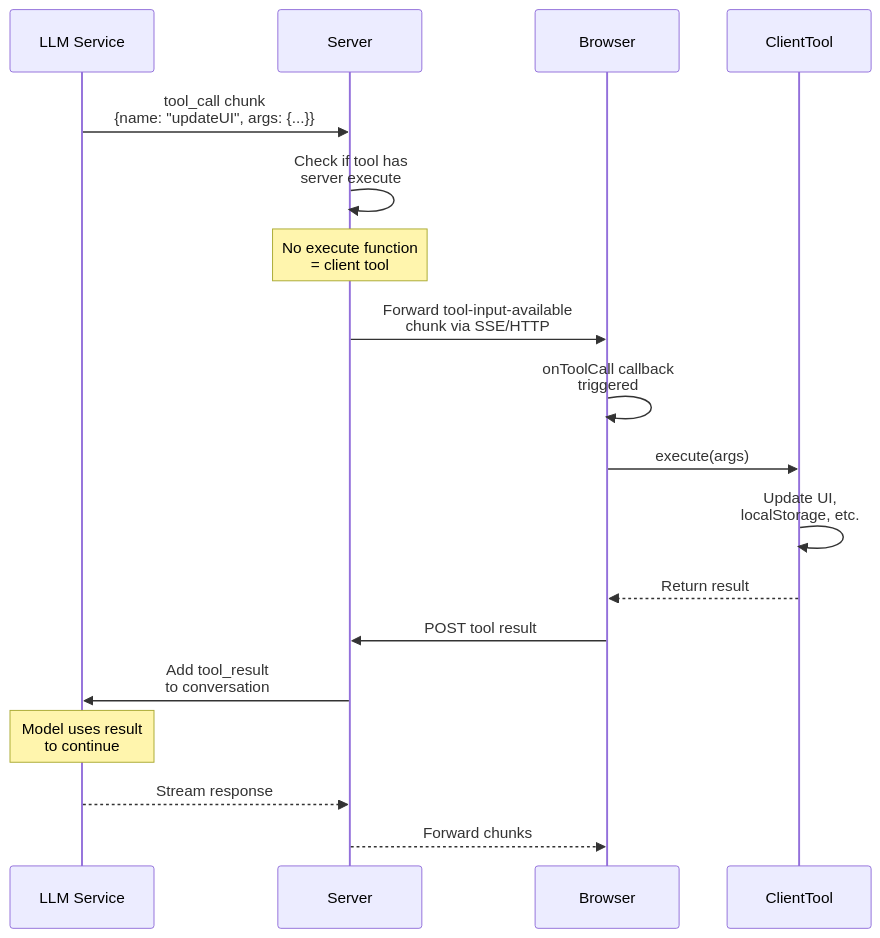
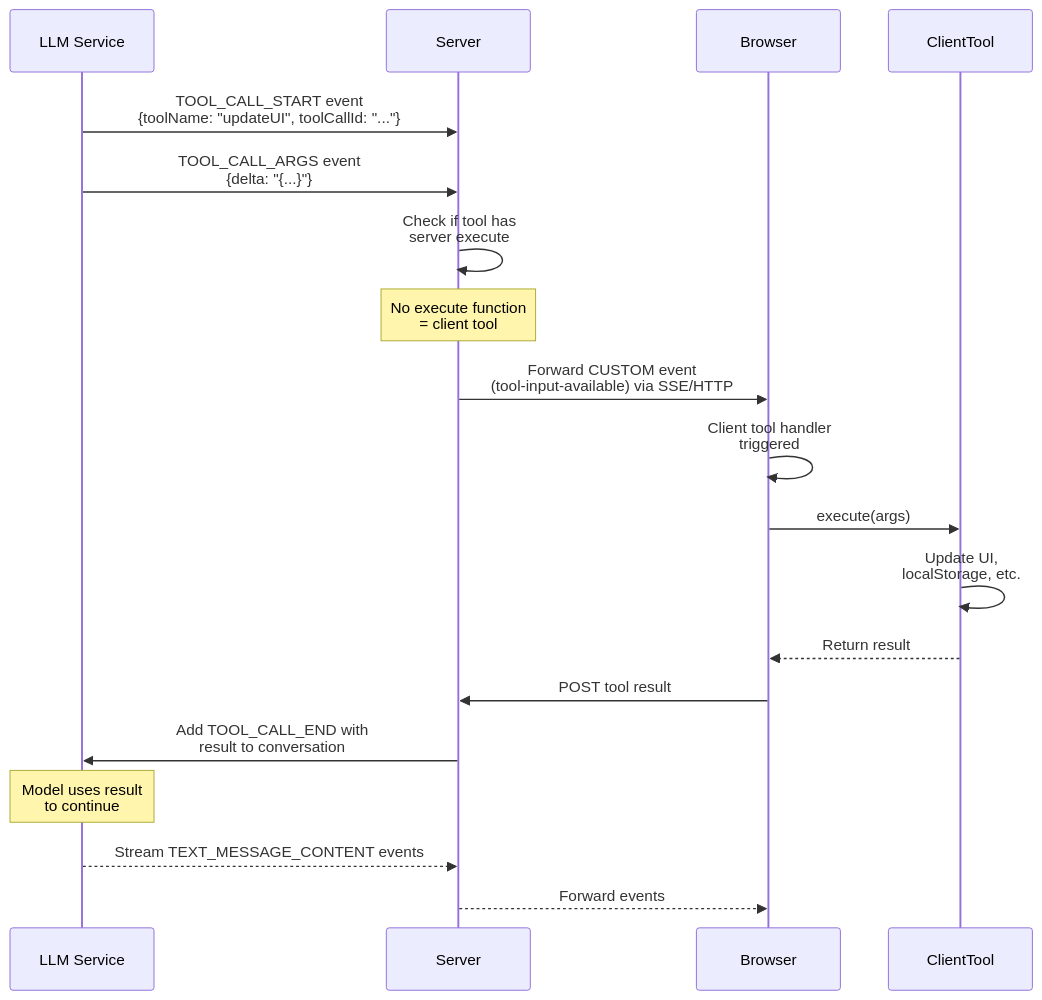
One commit to TanStack/ai changed the diagram in docs/guides/client-tools.md. Above: the diagram before and after it, drawn with Mermaid. The commit also changed other lines of this file and 8 other files, not shown here.

````diff
--- a/docs/guides/client-tools.md
+++ b/docs/guides/client-tools.md
@@ -8,25 +8,26 @@
 ```mermaid
 sequenceDiagram
     participant LLM Service
     participant Server
     participant Browser
     participant ClientTool
     
-    LLM Service->>Server: tool_call chunk<br/>{name: "updateUI", args: {...}}
+    LLM Service->>Server: TOOL_CALL_START event<br/>{toolName: "updateUI", toolCallId: "..."}
+    LLM Service->>Server: TOOL_CALL_ARGS event<br/>{delta: "{...}"}
     Server->>Server: Check if tool has<br/>server execute
     
     Note over Server: No execute function<br/>= client tool
     
-    Server->>Browser: Forward tool-input-available<br/>chunk via SSE/HTTP
-    Browser->>Browser: onToolCall callback<br/>triggered
+    Server->>Browser: Forward CUSTOM event<br/>(tool-input-available) via SSE/HTTP
+    Browser->>Browser: Client tool handler<br/>triggered
     Browser->>ClientTool: execute(args)
     ClientTool->>ClientTool: Update UI,<br/>localStorage, etc.
     ClientTool-->>Browser: Return result
     Browser->>Server: POST tool result
-    Server->>LLM Service: Add tool_result<br/>to conversation
+    Server->>LLM Service: Add TOOL_CALL_END with<br/>result to conversation
     
     Note over LLM Service: Model uses result<br/>to continue
     
-    LLM Service-->>Server: Stream response
-    Server-->>Browser: Forward chunks
+    LLM Service-->>Server: Stream TEXT_MESSAGE_CONTENT events
+    Server-->>Browser: Forward events
 ```
````
